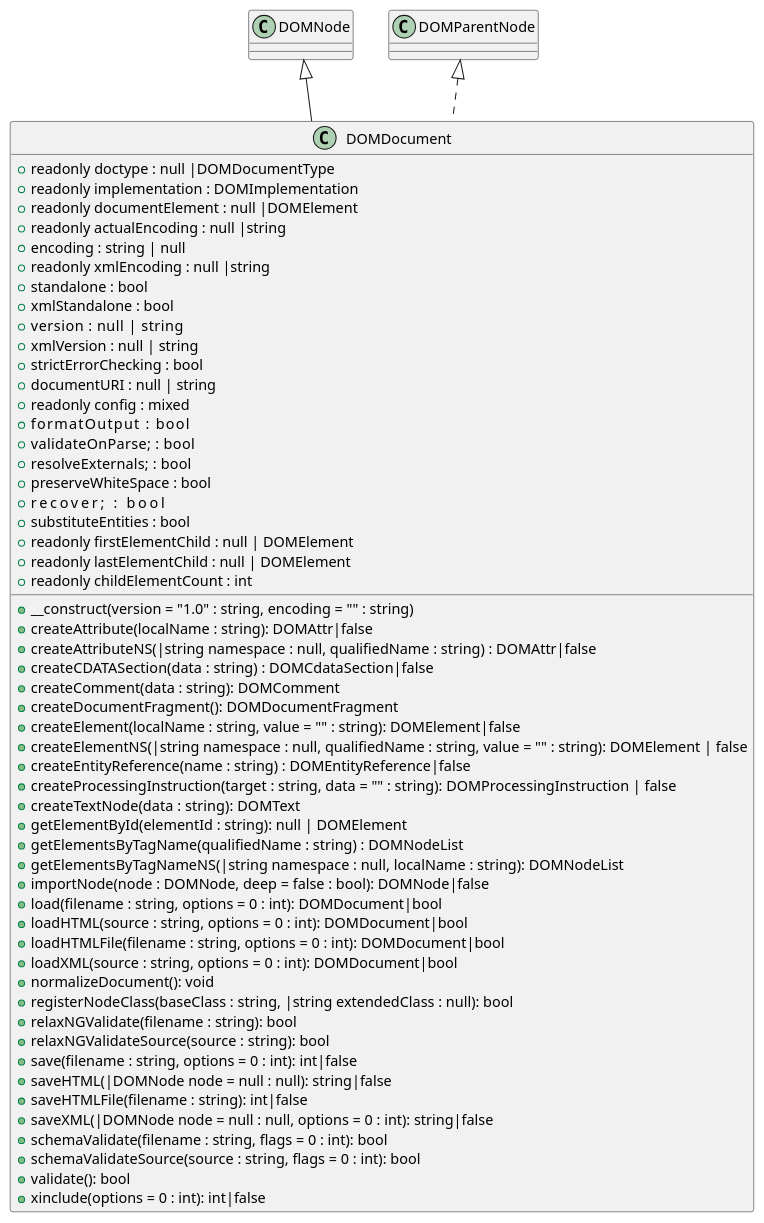
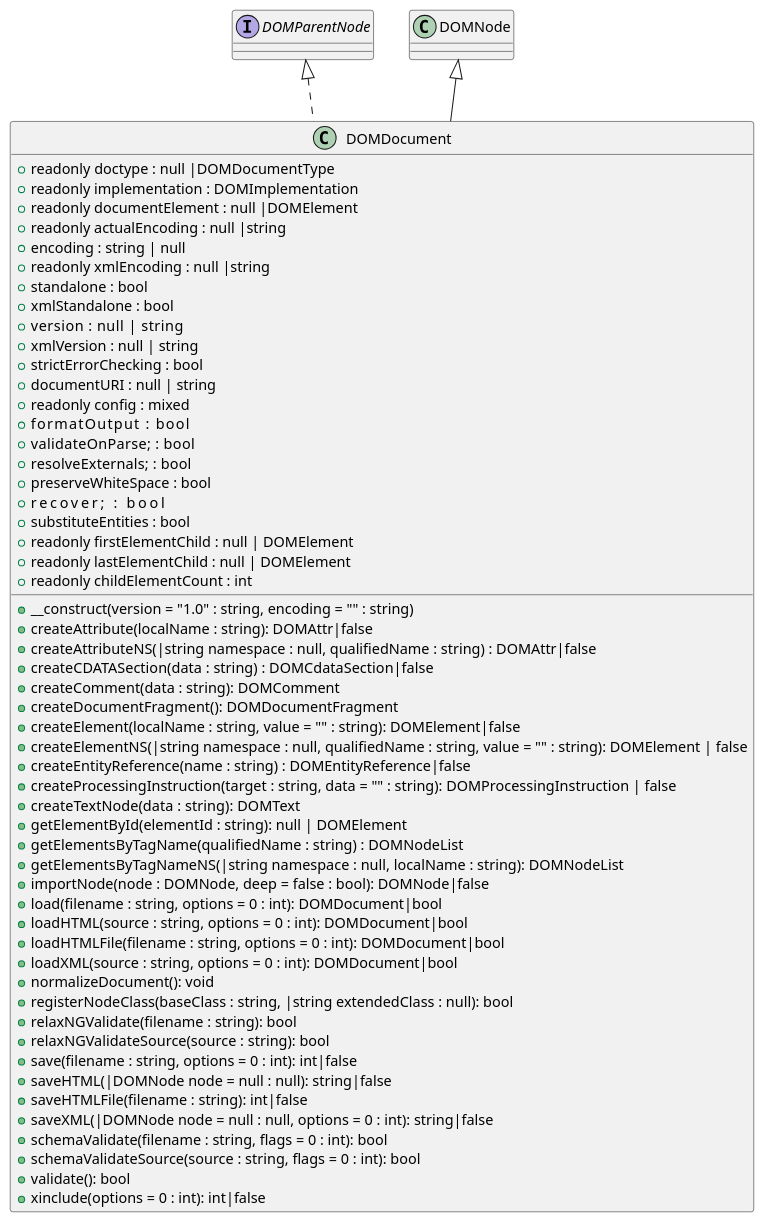
Before and after one commit to kurt-krueckeberg/understanding-dom: the diagram in dom/document.puml, drawn with PlantUML. The commit also changed 5 other files, not shown here.

```diff
--- a/dom/document.puml
+++ b/dom/document.puml
@@ -1,61 +1,62 @@
 @startuml
+interface DOMParentNode
 DOMNode       <|-- DOMDocument 
 DOMParentNode <|.. DOMDocument 
 
 class DOMDocument {
 
   +readonly doctype : null |DOMDocumentType
   +readonly implementation : DOMImplementation
   +readonly documentElement : null |DOMElement
   +readonly actualEncoding : null |string
   +encoding : string | null
   +readonly xmlEncoding : null |string
   +standalone : bool
   +xmlStandalone : bool
   +version    : null | string
   +xmlVersion : null | string 
   +strictErrorChecking : bool 
   +documentURI : null | string 
   +readonly config : mixed
   +formatOutput       : bool  
   +validateOnParse;   : bool 
   +resolveExternals;  : bool 
   +preserveWhiteSpace : bool 
   +recover;           : bool 
   +substituteEntities : bool 
   +readonly firstElementChild : null | DOMElement
   +readonly lastElementChild : null | DOMElement
   +readonly childElementCount : int
   +__construct(version = "1.0" : string, encoding = "" : string)
   +createAttribute(localName : string): DOMAttr|false
   +createAttributeNS(|string namespace : null, qualifiedName : string) : DOMAttr|false
   +createCDATASection(data : string) : DOMCdataSection|false
   +createComment(data : string): DOMComment
   +createDocumentFragment(): DOMDocumentFragment
   +createElement(localName : string, value = "" : string): DOMElement|false
   +createElementNS(|string namespace : null, qualifiedName : string, value = "" : string): DOMElement | false
   +createEntityReference(name : string) : DOMEntityReference|false
   +createProcessingInstruction(target : string, data = "" : string): DOMProcessingInstruction | false
   +createTextNode(data : string): DOMText
   +getElementById(elementId : string): null | DOMElement
   +getElementsByTagName(qualifiedName : string) : DOMNodeList
   +getElementsByTagNameNS(|string namespace : null, localName : string): DOMNodeList
   +importNode(node : DOMNode, deep = false : bool): DOMNode|false
   +load(filename : string, options = 0 : int): DOMDocument|bool
   +loadHTML(source : string, options = 0 : int): DOMDocument|bool
   +loadHTMLFile(filename : string, options = 0 : int): DOMDocument|bool
   +loadXML(source : string, options = 0 : int): DOMDocument|bool
   +normalizeDocument(): void
   +registerNodeClass(baseClass : string, |string extendedClass : null): bool
   +relaxNGValidate(filename : string): bool
   +relaxNGValidateSource(source : string): bool
   +save(filename : string, options = 0 : int): int|false
   +saveHTML(|DOMNode node = null : null): string|false
   +saveHTMLFile(filename : string): int|false
   +saveXML(|DOMNode node = null : null, options = 0 : int): string|false
   +schemaValidate(filename : string, flags = 0 : int): bool
   +schemaValidateSource(source : string, flags = 0 : int): bool
   +validate(): bool
   +xinclude(options = 0 : int): int|false
 }
 @enduml
```
